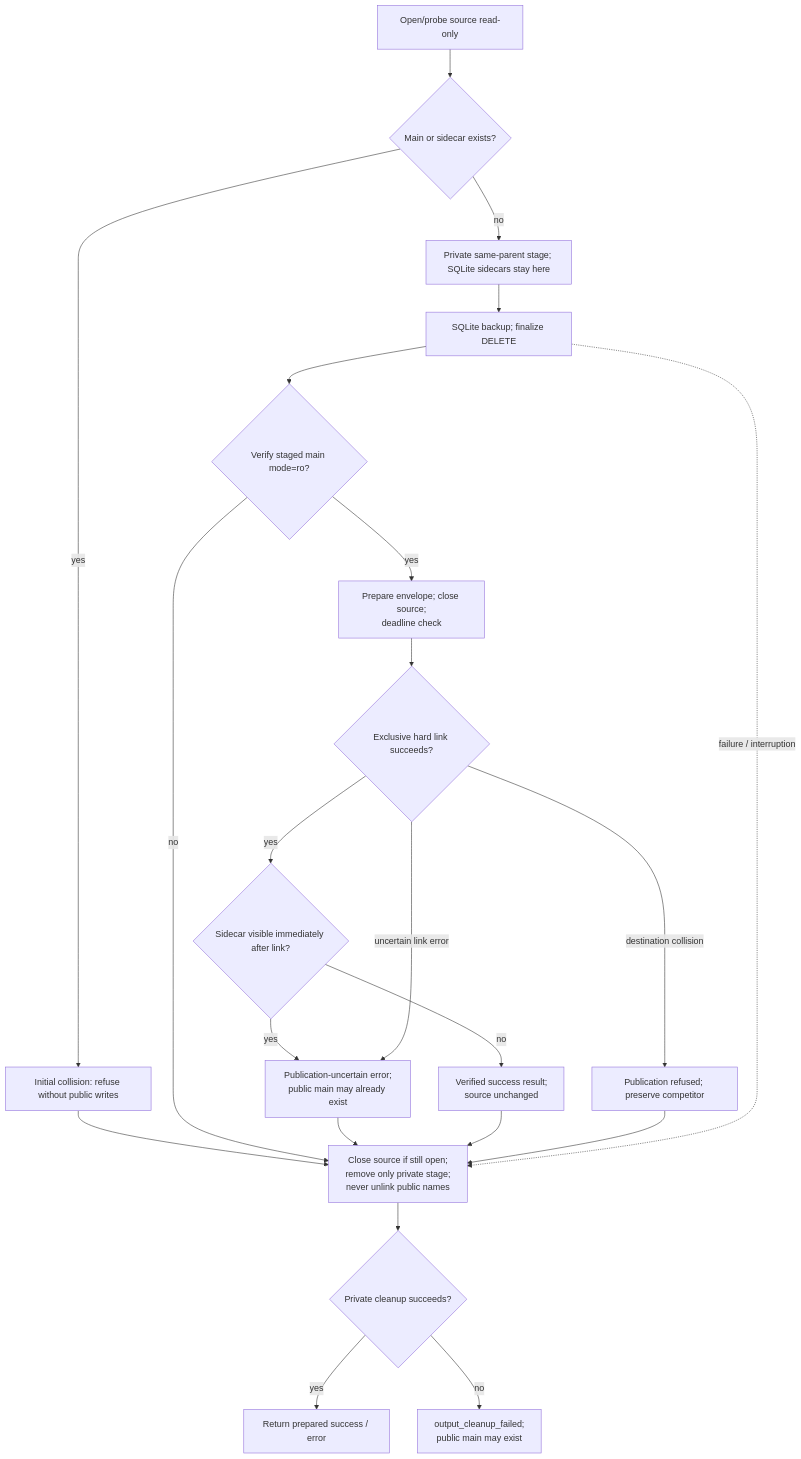
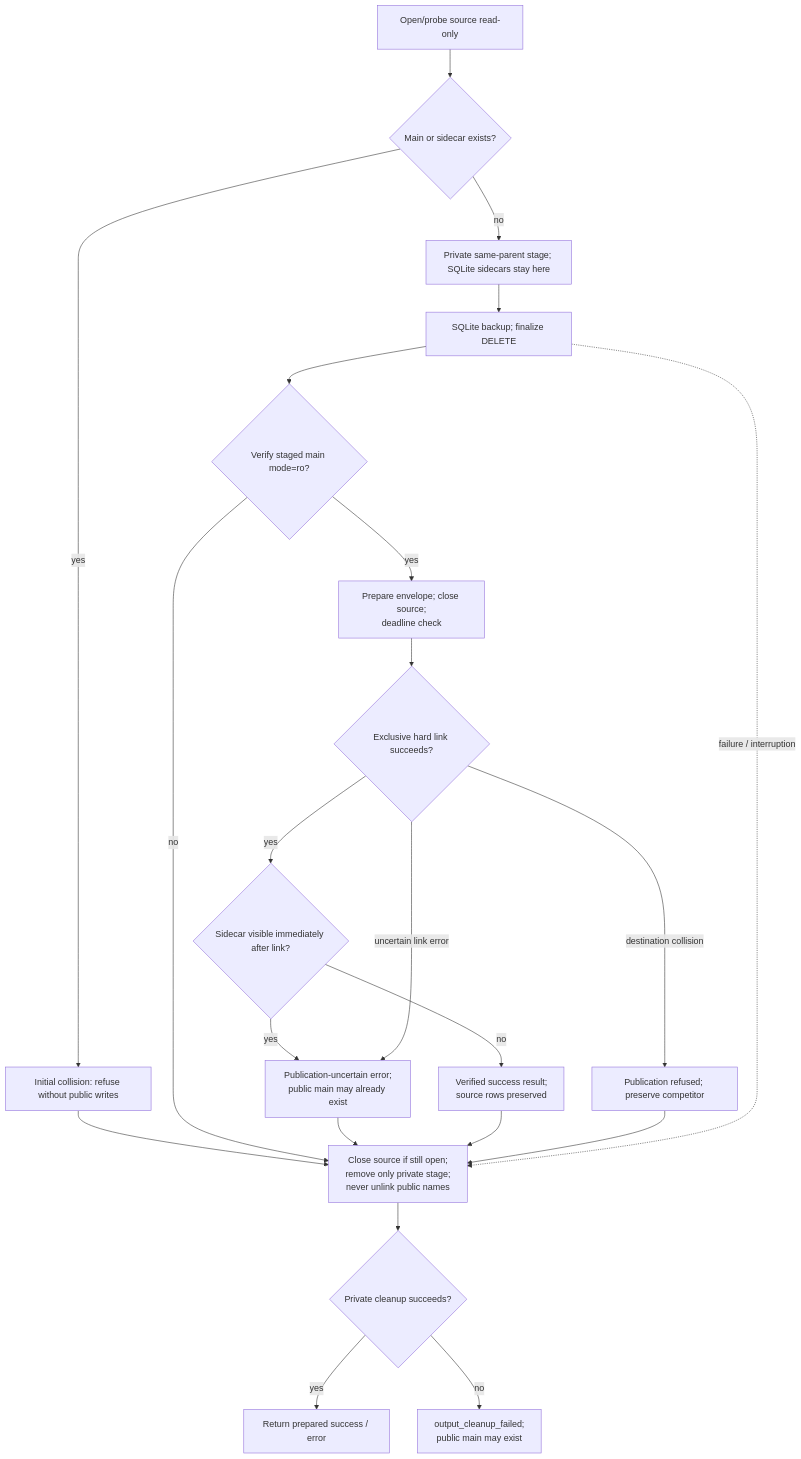
The tenth of 13 diagrams in docs/architecture.md (Steady-Hand-AI/mcp-flightrecorder), drawn with Mermaid before and after one commit. The commit also changed other lines of this file and 40 other files, not shown here.

````diff
--- a/docs/architecture.md
+++ b/docs/architecture.md
@@ -673,34 +687,34 @@
 ```mermaid
 flowchart TD
         Probe["Open/probe source read-only"]
         Preflight{"Main or sidecar exists?"}
         Refuse["Initial collision: refuse without public writes"]
         LateRefuse["Publication refused; preserve competitor"]
         Stage["Private same-parent stage; SQLite sidecars stay here"]
         Backup["SQLite backup; finalize DELETE"]
         VerifyStage{"Verify staged main mode=ro?"}
         Prepare["Prepare envelope; close source;<br/>deadline check"]
         Publish{"Exclusive hard link succeeds?"}
         Sidecar{"Sidecar visible immediately after link?"}
         Uncertain["Publication-uncertain error;<br/>public main may already exist"]
-        Complete["Verified success result;<br/>source unchanged"]
+        Complete["Verified success result;<br/>source rows preserved"]
         Cleanup["Close source if still open;<br/>remove only private stage;<br/>never unlink public names"]
         CleanupOK{"Private cleanup succeeds?"}
         Final["Return prepared success / error"]
         CleanupError["output_cleanup_failed;<br/>public main may exist"]
         Probe --> Preflight
         Preflight -->|yes| Refuse --> Cleanup
         Preflight -->|no| Stage --> Backup --> VerifyStage
         VerifyStage -->|no| Cleanup
         VerifyStage -->|yes| Prepare --> Publish
         Publish -->|yes| Sidecar
         Sidecar -->|yes| Uncertain --> Cleanup
         Sidecar -->|no| Complete --> Cleanup
         Publish -->|destination collision| LateRefuse
         Publish -->|uncertain link error| Uncertain
         LateRefuse --> Cleanup
         Backup -.->|failure / interruption| Cleanup
         Cleanup --> CleanupOK
         CleanupOK -->|yes| Final
         CleanupOK -->|no| CleanupError
 ```
````
